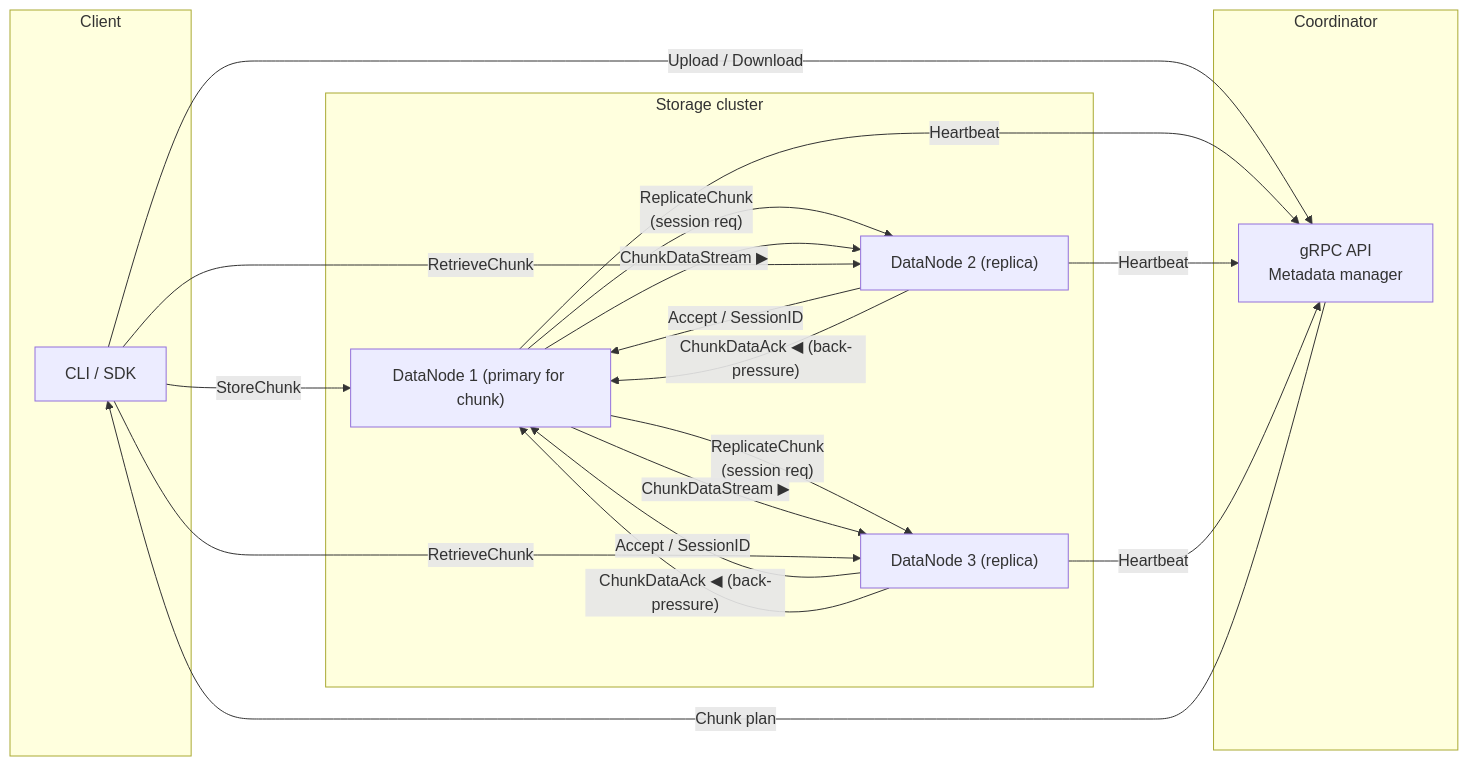
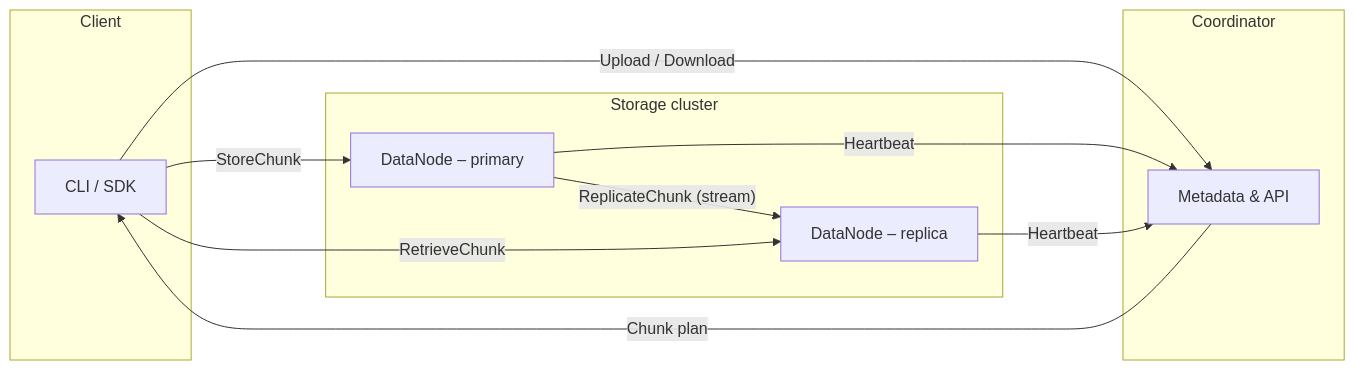
Before and after one commit to mochivi/distributed-file-system: the diagram in README.md, drawn with Mermaid.

Commit message:
readme.md

````diff
--- a/README.md
+++ b/README.md
@@ -13,45 +13,31 @@
 ```mermaid
 flowchart LR
     subgraph "Client"
         A["CLI / SDK"]
     end
 
     subgraph "Coordinator"
-        C1["gRPC API<br/>Metadata manager"]
+        C1["Metadata & API"]
     end
 
     subgraph "Storage cluster"
-        DN1["DataNode 1 (primary for chunk)"]
-        DN2["DataNode 2 (replica)"]
-        DN3["DataNode 3 (replica)"]
+        DN1["DataNode – primary"]
+        DN2["DataNode – replica"]
     end
 
     A -- "Upload / Download" --> C1
     C1 -- "Chunk plan" --> A
 
-    %% Client uploads chunks to primary
+    %% Client writes chunk to primary
     A -- "StoreChunk" --> DN1
 
-    %% Primary negotiates replication session (request / accept)
-    DN1 -- "ReplicateChunk<br/>(session req)" --> DN2
-    DN2 -- "Accept / SessionID" --> DN1
+    %% Primary replicates chunk via streaming gRPC
+    DN1 -- "ReplicateChunk (stream)" --> DN2
 
-    DN1 -- "ReplicateChunk<br/>(session req)" --> DN3
-    DN3 -- "Accept / SessionID" --> DN1
-
-    %% Streaming data with flow-control
-    DN1 -- "ChunkDataStream ▶" --> DN2
-    DN2 -- "ChunkDataAck ◀ (back-pressure)" --> DN1
-
-    DN1 -- "ChunkDataStream ▶" --> DN3
-    DN3 -- "ChunkDataAck ◀ (back-pressure)" --> DN1
-
-    %% Any node can serve reads
+    %% Reads can hit any replica
     A -- "RetrieveChunk" --> DN2
-    A -- "RetrieveChunk" --> DN3
 
     %% Health-checks
     DN1 -- "Heartbeat" --> C1
     DN2 -- "Heartbeat" --> C1
-    DN3 -- "Heartbeat" --> C1
 ```
````
